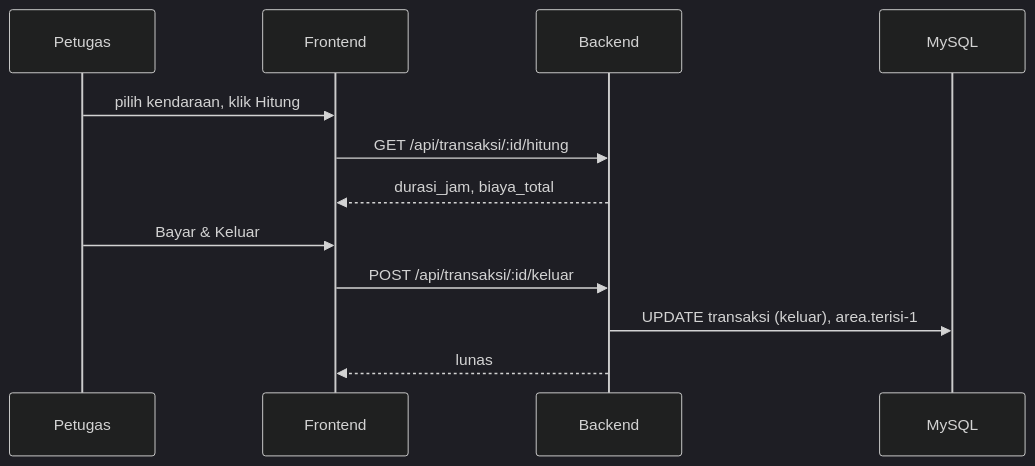
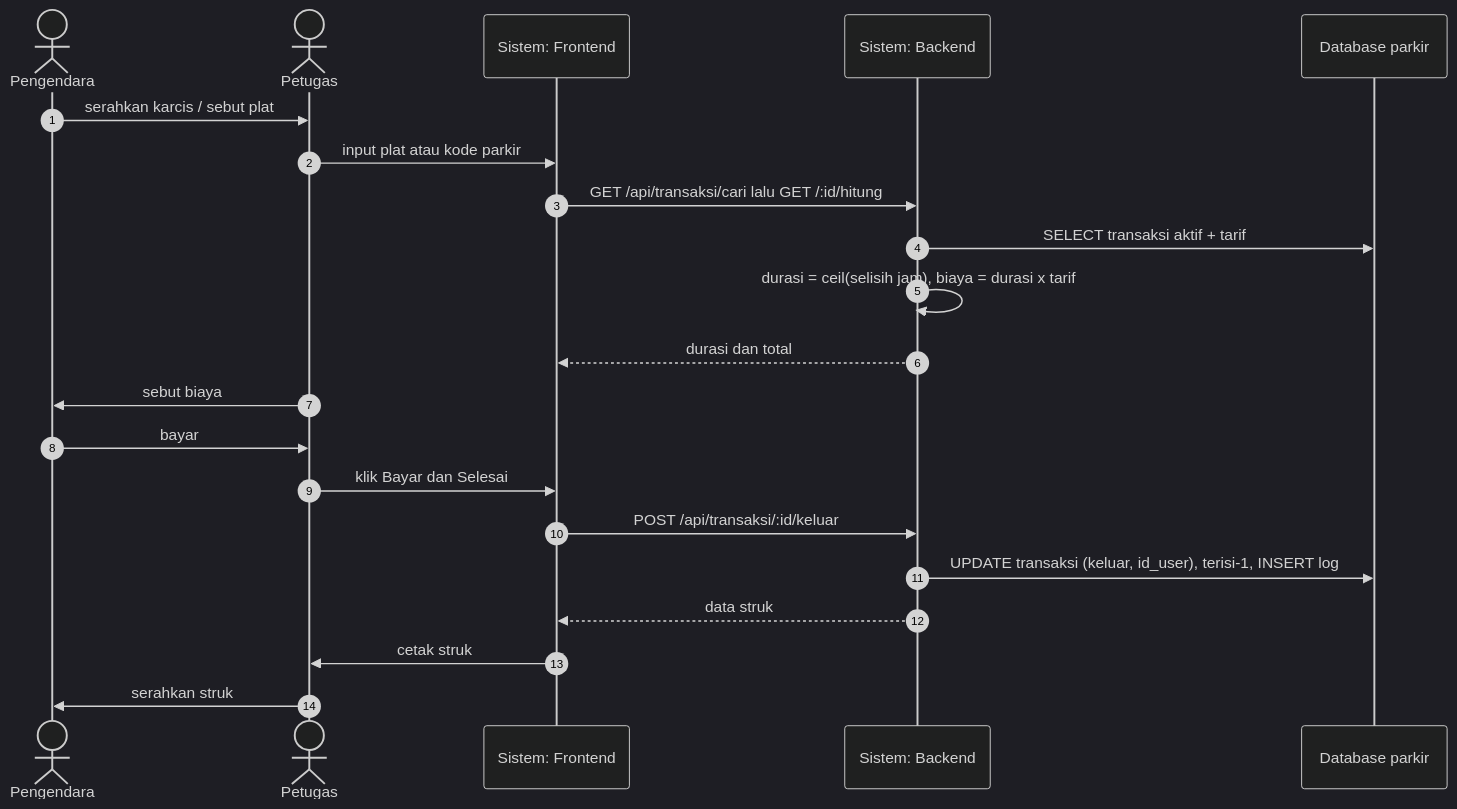
The second of 7 diagrams in docs/SWIMLANE_BARRIER.md (marchaurum-blip/parkir-app), drawn with Mermaid (dark theme) before and after one commit. The commit also changed other lines of this file and 8 other files, not shown here.

Commit message:
Sesuaikan dengan SPK: struk, cari plat, edit, log, export, dokumen swimlane/ERD/flowchart

````diff
--- a/docs/SWIMLANE_BARRIER.md
+++ b/docs/SWIMLANE_BARRIER.md
@@ -29,14 +38,23 @@
 ```mermaid
 sequenceDiagram
-  participant P as Petugas
-  participant FE as Frontend
-  participant BE as Backend
-  participant DB as MySQL
-  P->>FE: pilih kendaraan, klik Hitung
-  FE->>BE: GET /api/transaksi/:id/hitung
-  BE-->>FE: durasi_jam, biaya_total
-  P->>FE: Bayar & Keluar
+  autonumber
+  actor Pengendara
+  actor Petugas
+  participant FE as Sistem: Frontend
+  participant BE as Sistem: Backend
+  participant DB as Database parkir
+  Pengendara->>Petugas: serahkan karcis / sebut plat
+  Petugas->>FE: input plat atau kode parkir
+  FE->>BE: GET /api/transaksi/cari lalu GET /:id/hitung
+  BE->>DB: SELECT transaksi aktif + tarif
+  BE->>BE: durasi = ceil(selisih jam), biaya = durasi x tarif
+  BE-->>FE: durasi dan total
+  Petugas->>Pengendara: sebut biaya
+  Pengendara->>Petugas: bayar
+  Petugas->>FE: klik Bayar dan Selesai
   FE->>BE: POST /api/transaksi/:id/keluar
-  BE->>DB: UPDATE transaksi (keluar), area.terisi-1
-  BE-->>FE: lunas
+  BE->>DB: UPDATE transaksi (keluar, id_user), terisi-1, INSERT log
+  BE-->>FE: data struk
+  FE->>Petugas: cetak struk
+  Petugas->>Pengendara: serahkan struk
 ```
````
